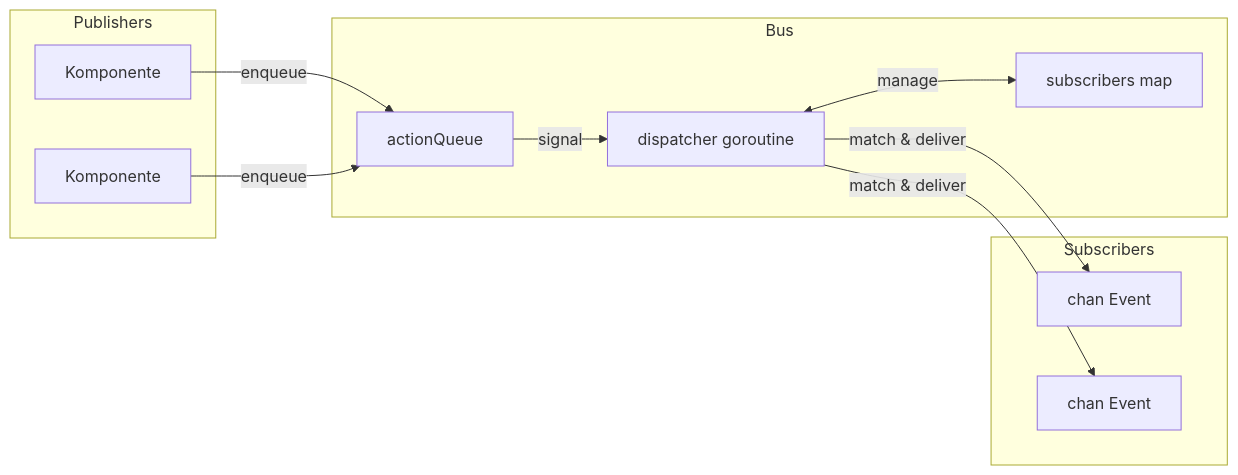
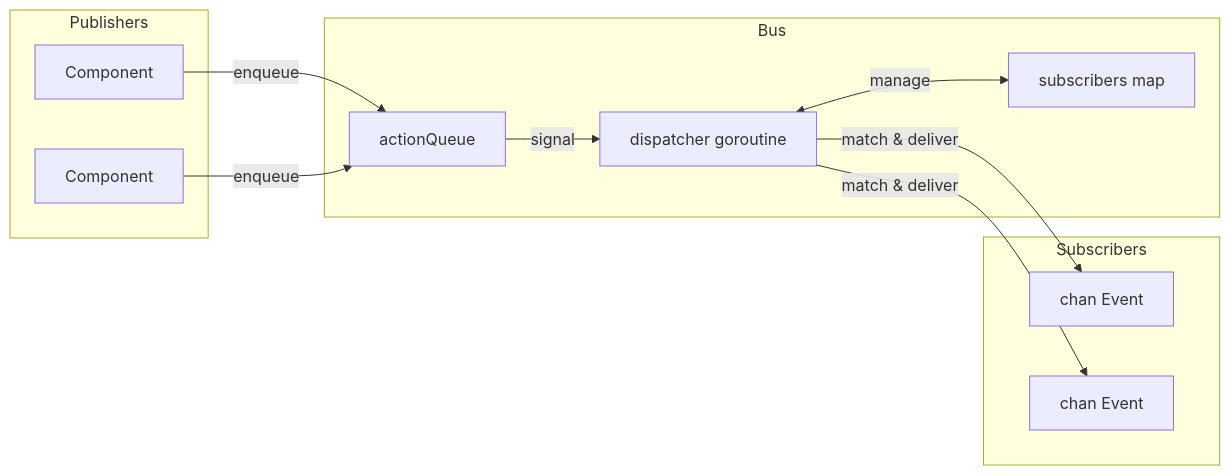
The diagram in de/internals/events.md (wippyai/docs), drawn with Mermaid before and after one commit. The commit also changed other lines of this file and 870 other files, not shown here.

````diff
--- a/de/internals/events.md
+++ b/de/internals/events.md
@@ -23,23 +26,23 @@
 ```mermaid
 flowchart LR
     subgraph Publishers
-        P1[Komponente]
-        P2[Komponente]
+        P1[Component]
+        P2[Component]
     end
 
     subgraph Bus
         Q[actionQueue]
         D[dispatcher goroutine]
         S[subscribers map]
     end
 
     subgraph Subscribers
         S1[chan Event]
         S2[chan Event]
     end
 
     P1 & P2 -->|enqueue| Q
     Q -->|signal| D
     D -->|match & deliver| S1 & S2
     D <-->|manage| S
 ```
````
